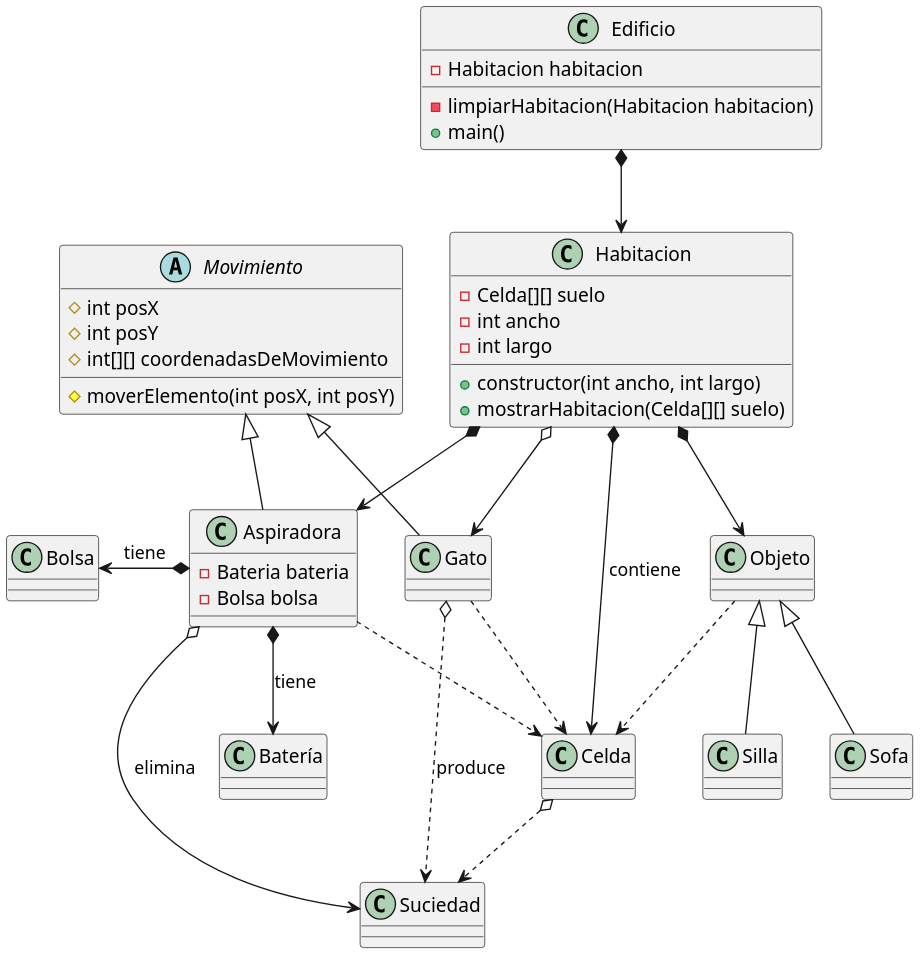
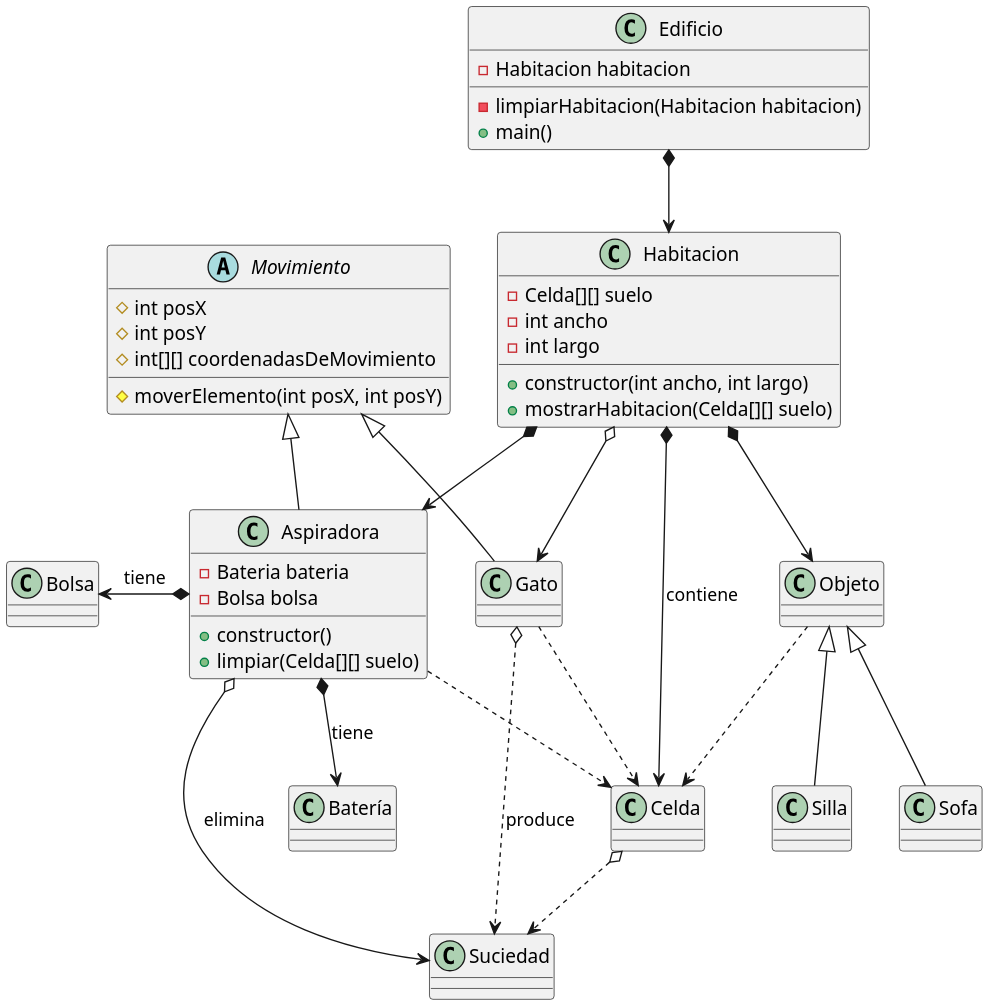
The diagram in docs/diagramaDeClases.plantuml (mmasias/idsw2), drawn with PlantUML before and after one commit.

Commit message:
Siguiendo con la aspiradora

```diff
--- a/docs/diagramaDeClases.plantuml
+++ b/docs/diagramaDeClases.plantuml
@@ -1,61 +1,62 @@
 @startuml
 scale 2
 class Edificio
 {
     - Habitacion habitacion
     - limpiarHabitacion(Habitacion habitacion)
     + main()
 }
 class Habitacion
 {
     - Celda[][] suelo
     - int ancho
     - int largo
     + constructor(int ancho, int largo)
     + mostrarHabitacion(Celda[][] suelo)
 
 }
 abstract class Movimiento{
     # int posX
     # int posY
     # int[][] coordenadasDeMovimiento
     # moverElemento(int posX, int posY)
 }
 class Aspiradora{
     - Bateria bateria
     - Bolsa bolsa
-    
+    + constructor()
+    + limpiar(Celda[][] suelo)
 }
 class Suciedad
 class Batería
 class Gato
 class Bolsa
 class Objeto
 class Celda
 class Sofa
 class Silla
 
 Edificio *--> Habitacion
 
 Habitacion *--> Celda : contiene
 Habitacion *--> Aspiradora
 Habitacion o--> Gato
 Habitacion *--> Objeto
 
 Celda o..> Suciedad
 
 Aspiradora o--> Suciedad : elimina
 Aspiradora *-l-> Bolsa : tiene
 Aspiradora *-d-> Batería : tiene
 Aspiradora ..> Celda
 Aspiradora -u-|> Movimiento
 
 Gato o..> Suciedad : produce
 Gato ..> Celda
 Gato -u-|> Movimiento
 
 Objeto <|-- Sofa
 Objeto <|-- Silla
 Objeto ..> Celda
 
 @enduml
```
